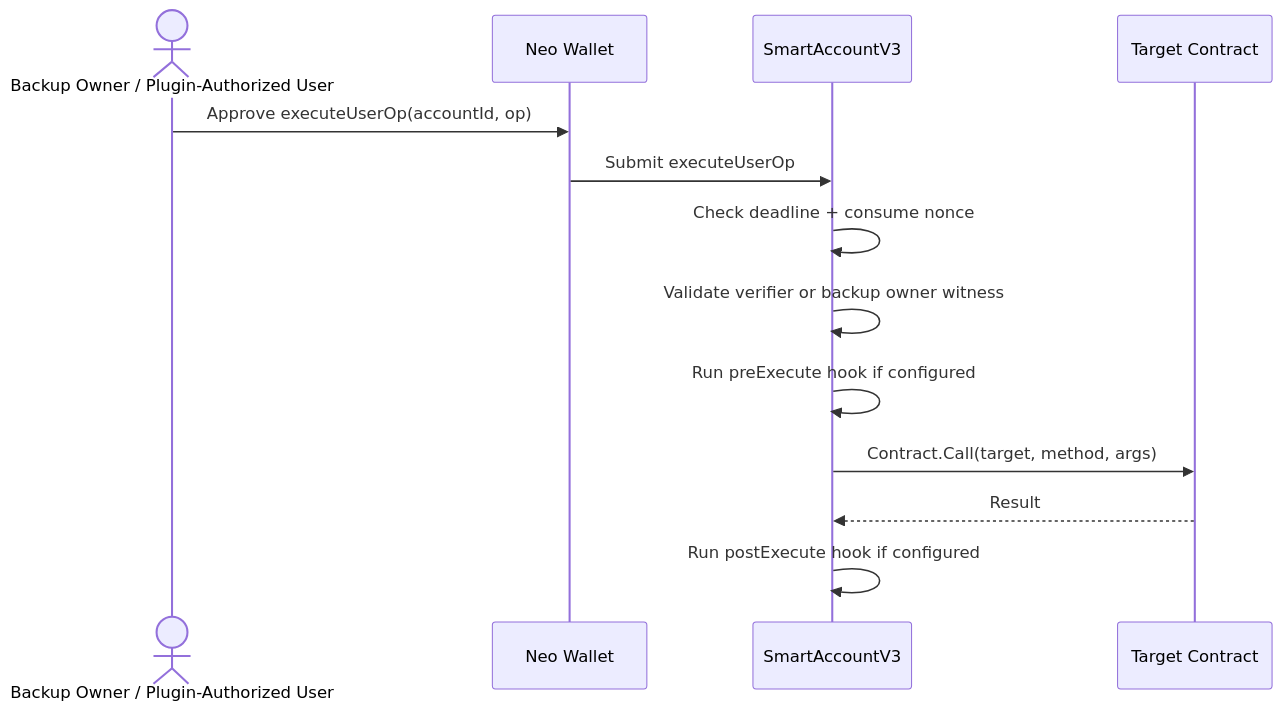
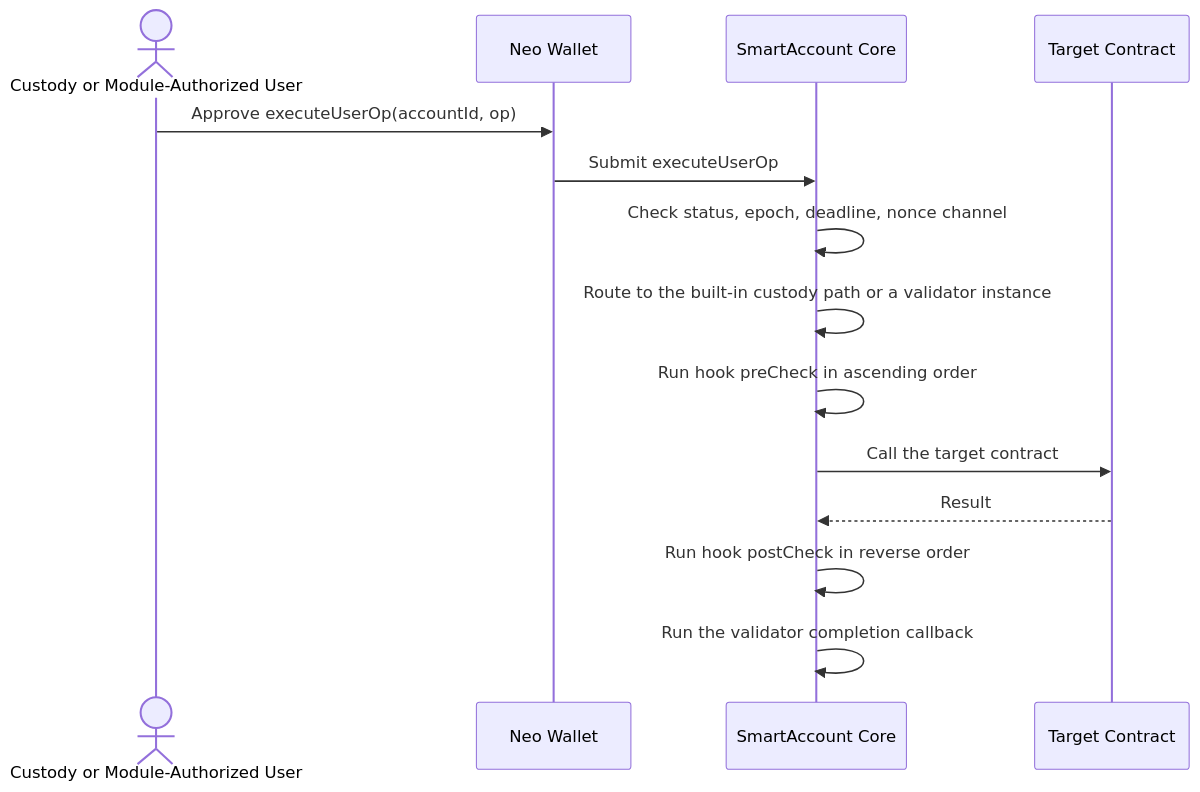
The third of 4 diagrams in frontend/src/assets/docs/workflow.md (r3e-network/neo-os-aa), drawn with Mermaid before and after one commit. The commit also changed other lines of this file and 425 other files, not shown here.

````diff
--- a/frontend/src/assets/docs/workflow.md
+++ b/frontend/src/assets/docs/workflow.md
@@ -69,16 +81,17 @@
 ```mermaid
 sequenceDiagram
-    actor User as Backup Owner / Plugin-Authorized User
+    actor User as Custody or Module-Authorized User
     participant Wallet as Neo Wallet
-    participant Core as SmartAccountV3
+    participant Core as SmartAccount Core
     participant Target as Target Contract
 
     User->>Wallet: Approve executeUserOp(accountId, op)
     Wallet->>Core: Submit executeUserOp
-    Core->>Core: Check deadline + consume nonce
-    Core->>Core: Validate verifier or backup owner witness
-    Core->>Core: Run preExecute hook if configured
-    Core->>Target: Contract.Call(target, method, args)
+    Core->>Core: Check status, epoch, deadline, nonce channel
+    Core->>Core: Route to the built-in custody path or a validator instance
+    Core->>Core: Run hook preCheck in ascending order
+    Core->>Target: Call the target contract
     Target-->>Core: Result
-    Core->>Core: Run postExecute hook if configured
+    Core->>Core: Run hook postCheck in reverse order
+    Core->>Core: Run the validator completion callback
 ```
````
